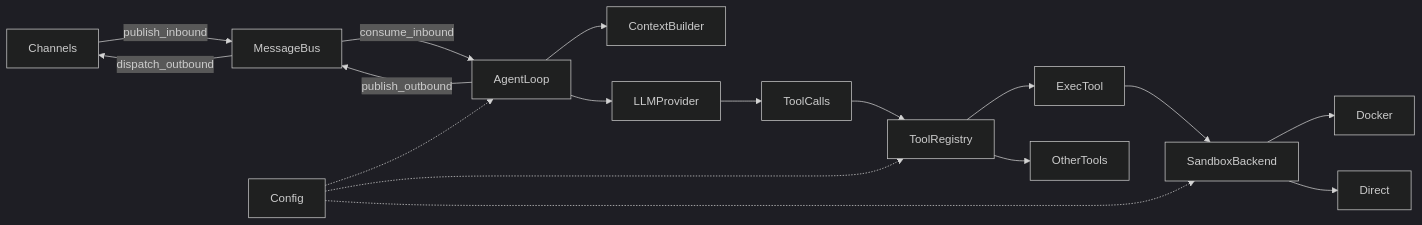
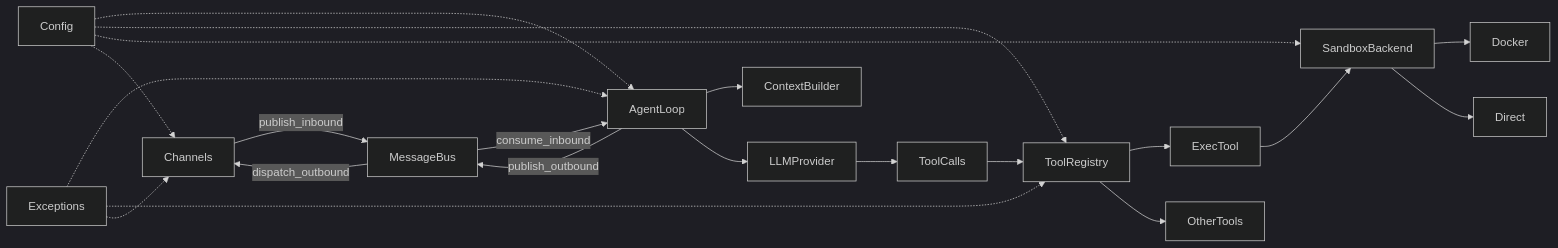
The diagram in docs/DESIGN_AND_ARCHITECTURE.md (JoyHouseLabs/joyhousebot), drawn with Mermaid (dark theme) before and after one commit. The commit also changed other lines of this file and 159 other files, not shown here.

````diff
--- a/docs/DESIGN_AND_ARCHITECTURE.md
+++ b/docs/DESIGN_AND_ARCHITECTURE.md
@@ -32,19 +34,23 @@
 ```mermaid
 flowchart LR
   channels[Channels] -->|publish_inbound| bus[MessageBus]
   bus -->|consume_inbound| agentLoop[AgentLoop]
   agentLoop --> context[ContextBuilder]
   agentLoop --> provider[LLMProvider]
   provider --> toolCalls[ToolCalls]
   toolCalls --> registry[ToolRegistry]
   registry --> execTool[ExecTool]
   registry --> otherTools[OtherTools]
   execTool --> sandbox[SandboxBackend]
   sandbox --> docker[Docker]
   sandbox --> direct[Direct]
   agentLoop -->|publish_outbound| bus
   bus -->|dispatch_outbound| channels
   config[Config] -.-> agentLoop
   config -.-> registry
   config -.-> sandbox
+  config -.-> channels
+  exceptions[Exceptions] -.-> agentLoop
+  exceptions -.-> registry
+  exceptions -.-> channels
 ```
````
